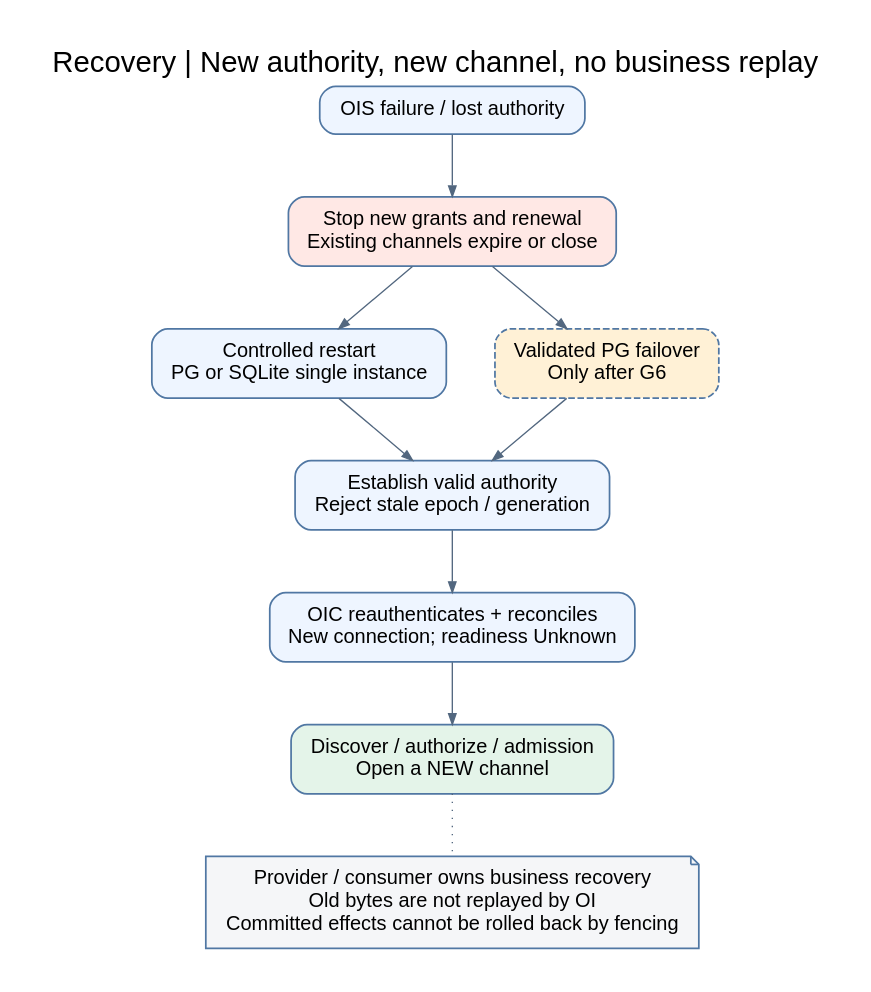
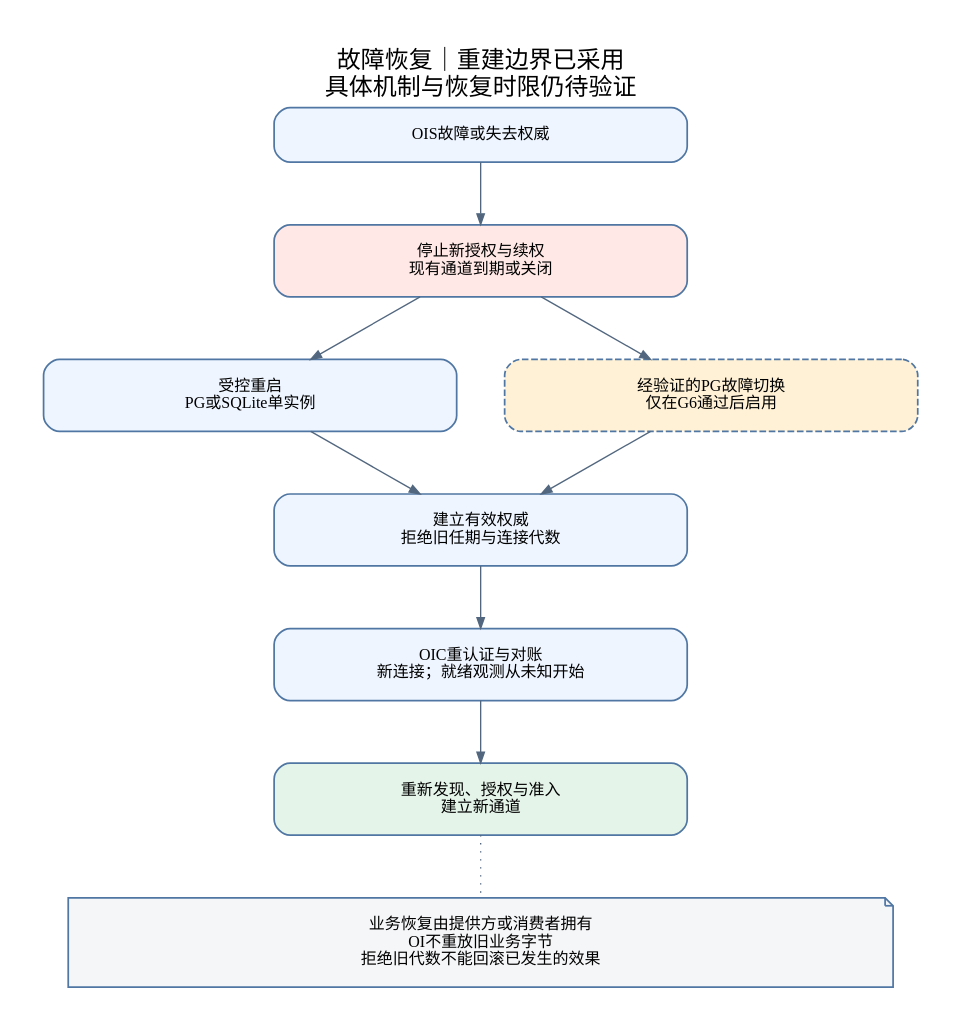
One commit to wyw-ai/loom-oi changed the diagram in docs/architecture/diagrams/v0.7/04-recovery-sequence.dot. Above: the diagram before and after it, drawn with Graphviz. The commit also changed 76 other files, not shown here.

```diff
--- a/docs/architecture/diagrams/v0.7/04-recovery-sequence.dot
+++ b/docs/architecture/diagrams/v0.7/04-recovery-sequence.dot
@@ -1,18 +1,18 @@
 digraph G {
-graph [bgcolor="white",pad="0.35",nodesep="0.5",ranksep="0.65",fontname="Arial",fontsize=22,labelloc="t",splines=polyline];
-node [shape=box,style="rounded,filled",fillcolor="#eef5ff",color="#5077a3",fontname="Arial",fontsize=15,margin="0.2,0.12",penwidth=1.3];
-edge [color="#52677f",fontname="Arial",fontsize=11,arrowsize=0.8];
-rankdir=TB;label="Recovery | New authority, new channel, no business replay";
- failure[label="OIS failure / lost authority"];
- old[label="Stop new grants and renewal\nExisting channels expire or close",fillcolor="#ffe8e5"];
- single[label="Controlled restart\nPG or SQLite single instance"];
- ha[label="Validated PG failover\nOnly after G6",style="rounded,dashed,filled",fillcolor="#fff1d6"];
- authority[label="Establish valid authority\nReject stale epoch / generation"];
- reg[label="OIC reauthenticates + reconciles\nNew connection; readiness Unknown"];
- new[label="Discover / authorize / admission\nOpen a NEW channel",fillcolor="#e4f4e9"];
- business[label="Provider / consumer owns business recovery\nOld bytes are not replayed by OI\nCommitted effects cannot be rolled back by fencing",shape=note,fillcolor="#f5f6f8"];
+graph [bgcolor="white",pad="0.35",nodesep="0.5",ranksep="0.65",fontname="Noto Sans SC",fontsize=18,labelloc="t",splines=polyline];
+node [shape=box,style="rounded,filled",fillcolor="#eef5ff",color="#5077a3",fontname="Noto Sans SC",fontsize=12,width=4.3,margin="0.35,0.2",penwidth=1.3];
+edge [color="#52677f",fontname="Noto Sans SC",fontsize=10,arrowsize=0.8];
+rankdir=TB;label="故障恢复｜重建边界已采用\n具体机制与恢复时限仍待验证";
+ failure[label="OIS故障或失去权威"];
+ old[label="停止新授权与续权\n现有通道到期或关闭",fillcolor="#ffe8e5"];
+ single[label="受控重启\nPG或SQLite单实例"];
+ ha[label="经验证的PG故障切换\n仅在G6通过后启用",style="rounded,dashed,filled",fillcolor="#fff1d6"];
+ authority[label="建立有效权威\n拒绝旧任期与连接代数"];
+ reg[label="OIC重认证与对账\n新连接；就绪观测从未知开始"];
+ new[label="重新发现、授权与准入\n建立新通道",fillcolor="#e4f4e9"];
+ business[label="业务恢复由提供方或消费者拥有\nOI不重放旧业务字节\n拒绝旧代数不能回滚已发生的效果",width=8.6,shape=note,fillcolor="#f5f6f8"];
  failure->old;old->single;old->ha;{rank=same;single;ha;}
  single->authority;ha->authority;authority->reg->new;
  new->business[style=dotted,arrowhead=none];
 
 }
```
